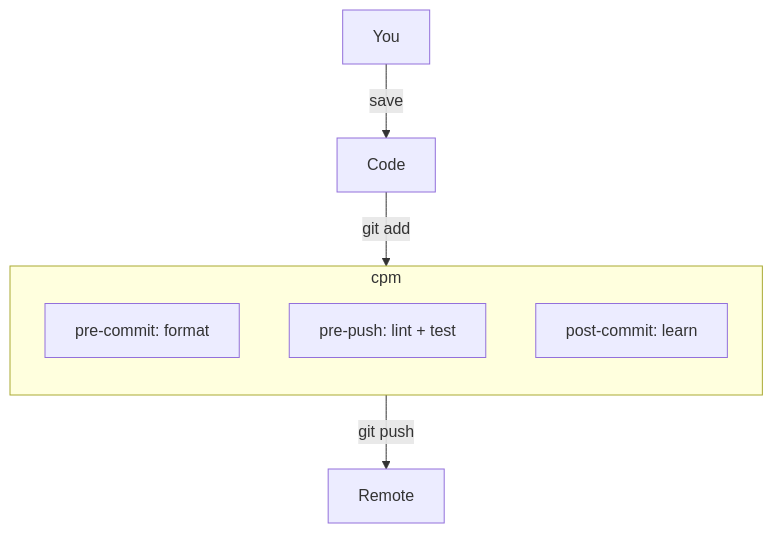
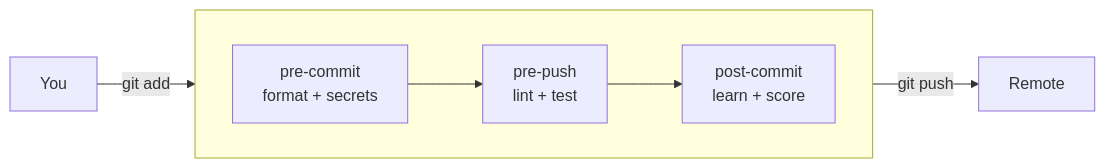
The first of 3 diagrams in README.md (rkristelijn/cpm), drawn with Mermaid before and after one commit. The commit also changed other lines of this file and 18 other files, not shown here.

````diff
--- a/README.md
+++ b/README.md
@@ -19,13 +28,10 @@
 ```mermaid
-flowchart TB
-    You -->|save| Code
-    Code -->|git add| cpm
+flowchart LR
+    You -->|git add| cpm
     cpm -->|git push| Remote
 
-    subgraph cpm
-        direction TB
-        pre-commit[pre-commit: format]
-        pre-push[pre-push: lint + test]
-        post-commit[post-commit: learn]
+    subgraph cpm [" "]
+        direction LR
+        A[pre-commit<br/>format + secrets] --> B[pre-push<br/>lint + test] --> C[post-commit<br/>learn + score]
     end
 ```
````
